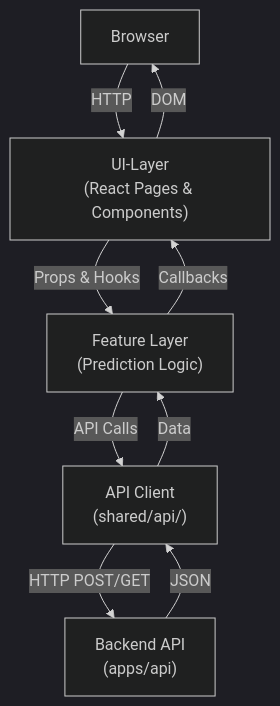
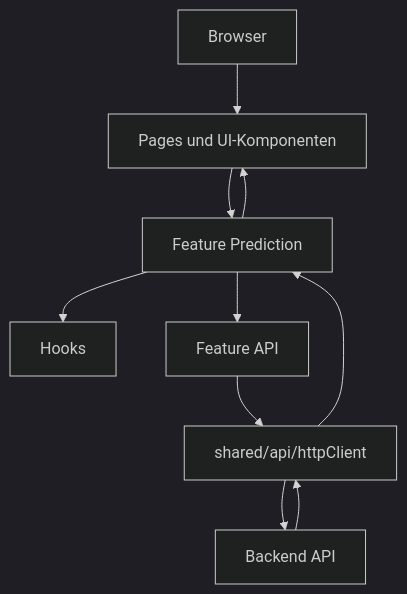
The diagram in apps/web/README.md (niMtAndoX/cnn-fruiting-body-modeling-tp-ss26), drawn with Mermaid (dark theme) before and after one commit. The commit also changed other lines of this file and 36 other files, not shown here.

Commit message:
feat: restructure frontend prediction architecture and add full-stack docker deployment

````diff
--- a/apps/web/README.md
+++ b/apps/web/README.md
@@ -211,11 +118,12 @@
 ```mermaid
 flowchart TD
-    U[Browser] -->|HTTP| UI["UI-Layer<br/>(React Pages & Components)"]
-    UI -->|Props & Hooks| F["Feature Layer<br/>(Prediction Logic)"]
-    F -->|API Calls| A["API Client<br/>(shared/api/)"]
-    A -->|HTTP POST/GET| B["Backend API<br/>(apps/api)"]
-    B -->|JSON| A
-    A -->|Data| F
-    F -->|Callbacks| UI
-    UI -->|DOM| U
+    U[Browser] --> UI[Pages und UI-Komponenten]
+    UI --> F[Feature Prediction]
+    F --> H[Hooks]
+    F --> A[Feature API]
+    A --> S[shared/api/httpClient]
+    S --> B[Backend API]
+    B --> S
+    S --> F
+    F --> UI
 ```
````
